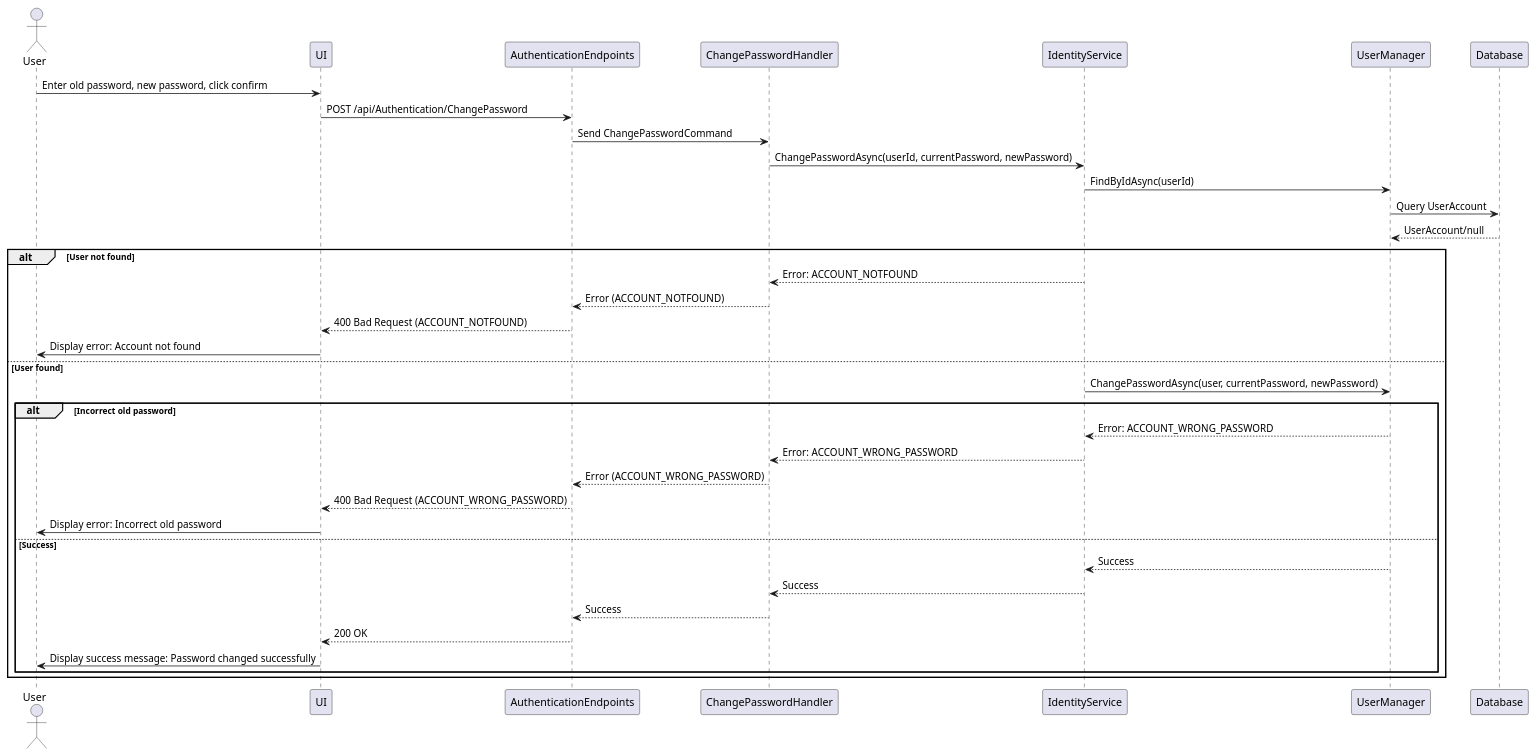
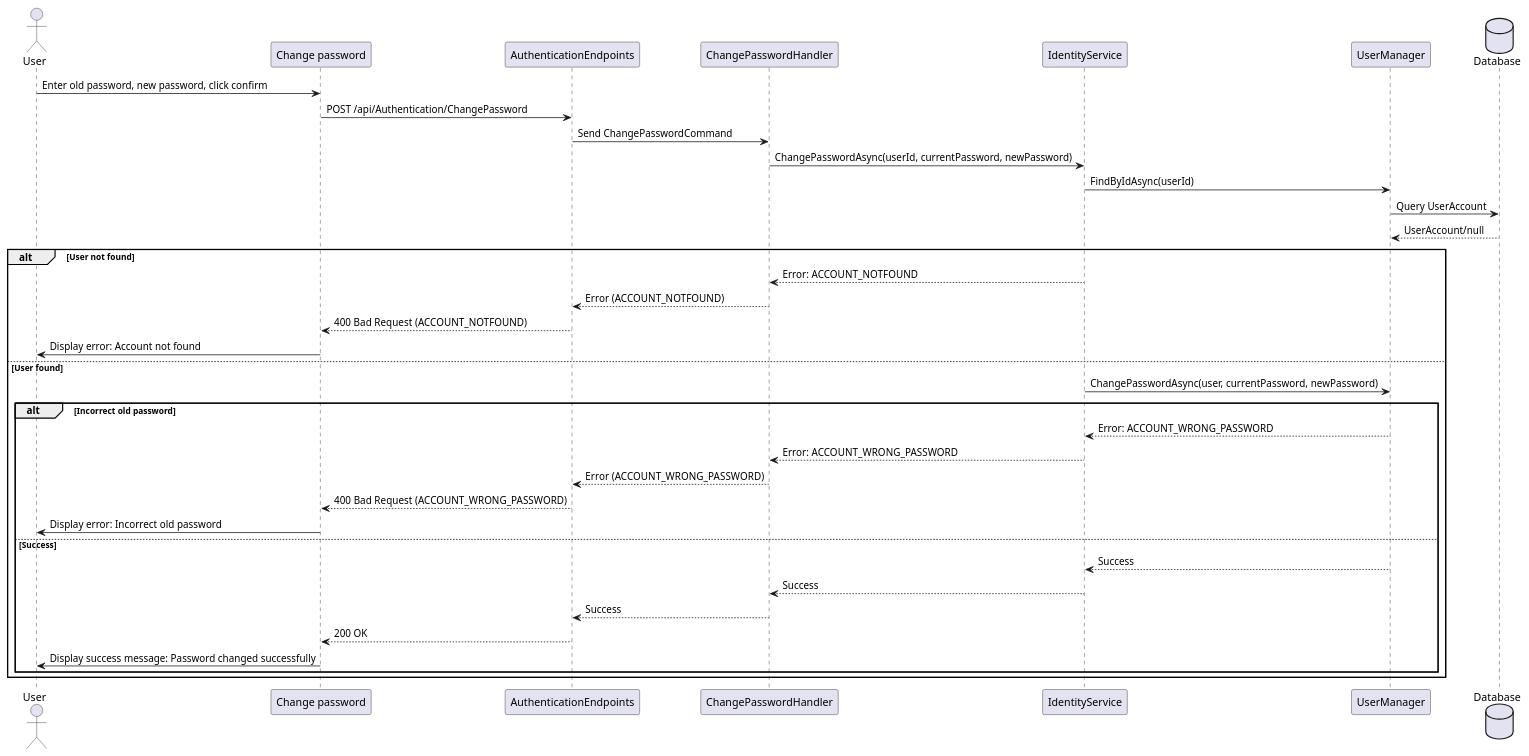
One commit to thanhkhac/SEP_Diagram changed the diagram in authentication/Sequence/10_ChangePassword.puml. Above: the diagram before and after it, drawn with PlantUML. The commit also changed 9 other files, not shown here.

First line of the commit message:
Update authentication sequence diagrams for clarity

```diff
--- a/authentication/Sequence/10_ChangePassword.puml
+++ b/authentication/Sequence/10_ChangePassword.puml
@@ -1,38 +1,38 @@
 @startuml
 actor User
-participant UI
+participant "Change password" as UI
 participant AuthenticationEndpoints
 participant ChangePasswordHandler
 participant IdentityService
 participant UserManager
-participant Database
+Database Database
 
 User -> UI : Enter old password, new password, click confirm
 UI -> AuthenticationEndpoints : POST /api/Authentication/ChangePassword
 AuthenticationEndpoints -> ChangePasswordHandler : Send ChangePasswordCommand
 ChangePasswordHandler -> IdentityService : ChangePasswordAsync(userId, currentPassword, newPassword)
 IdentityService -> UserManager : FindByIdAsync(userId)
 UserManager -> Database : Query UserAccount
 Database --> UserManager : UserAccount/null
 alt User not found
     IdentityService --> ChangePasswordHandler : Error: ACCOUNT_NOTFOUND
     ChangePasswordHandler --> AuthenticationEndpoints : Error (ACCOUNT_NOTFOUND)
     AuthenticationEndpoints --> UI : 400 Bad Request (ACCOUNT_NOTFOUND)
     UI -> User : Display error: Account not found
 else User found
     IdentityService -> UserManager : ChangePasswordAsync(user, currentPassword, newPassword)
     alt Incorrect old password
         UserManager --> IdentityService : Error: ACCOUNT_WRONG_PASSWORD
         IdentityService --> ChangePasswordHandler : Error: ACCOUNT_WRONG_PASSWORD
         ChangePasswordHandler --> AuthenticationEndpoints : Error (ACCOUNT_WRONG_PASSWORD)
         AuthenticationEndpoints --> UI : 400 Bad Request (ACCOUNT_WRONG_PASSWORD)
         UI -> User : Display error: Incorrect old password
     else Success
         UserManager --> IdentityService : Success
         IdentityService --> ChangePasswordHandler : Success
         ChangePasswordHandler --> AuthenticationEndpoints : Success
         AuthenticationEndpoints --> UI : 200 OK
         UI -> User : Display success message: Password changed successfully
     end
 end
 @enduml
```
